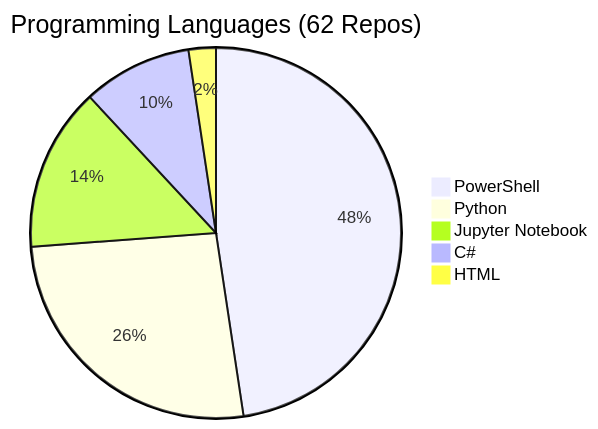
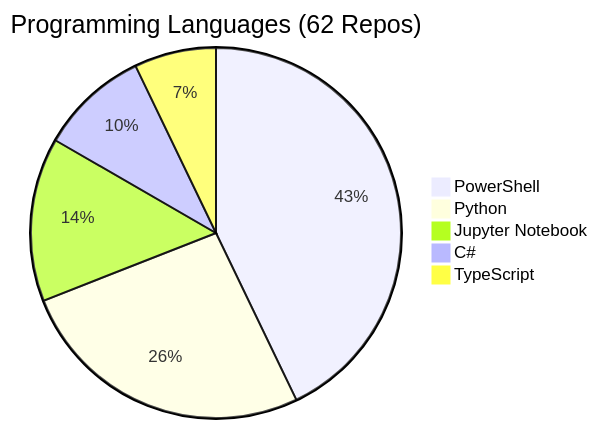
Before and after one commit to fabioc-aloha/fabioc-aloha: the diagram in REPOS.md, drawn with Mermaid. The commit also changed other lines of this file and 1 other file, not shown here.

````diff
--- a/REPOS.md
+++ b/REPOS.md
@@ -105,8 +105,8 @@
 ```mermaid
 pie title Programming Languages (62 Repos)
-    "PowerShell" : 20
+    "PowerShell" : 18
     "Python" : 11
     "Jupyter Notebook" : 6
     "C#" : 4
-    "HTML" : 1
+    "TypeScript" : 3
 ```
````
